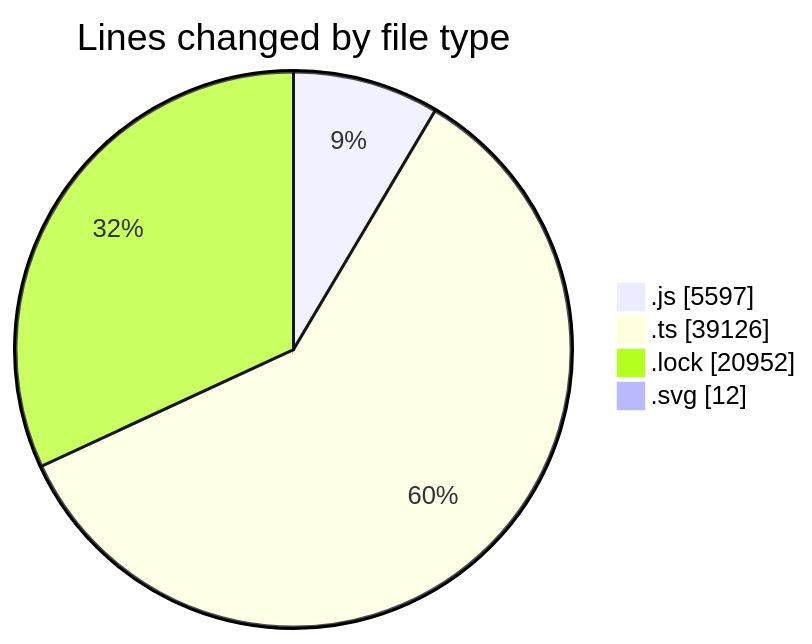
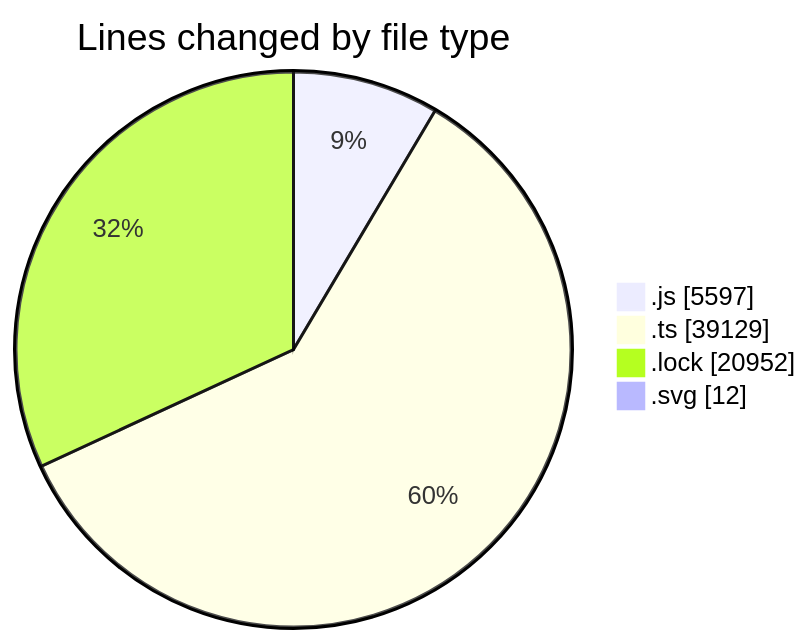
The first of 2 diagrams in 2025-08-12/cda/README.md (momahboobian/code-tracking), drawn with Mermaid before and after one commit. The commit also changed other lines of this file and 1 other file, not shown here.

````diff
--- a/2025-08-12/cda/README.md
+++ b/2025-08-12/cda/README.md
@@ -42,8 +42,8 @@
 ```mermaid
 pie showData
 title Lines changed by file type
 ".js" : 5597
-".ts" : 39126
+".ts" : 39129
 ".lock" : 20952
 ".svg" : 12
 ```
````
